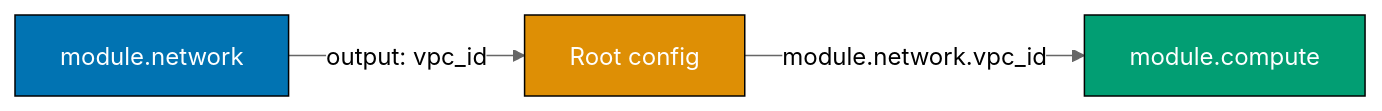
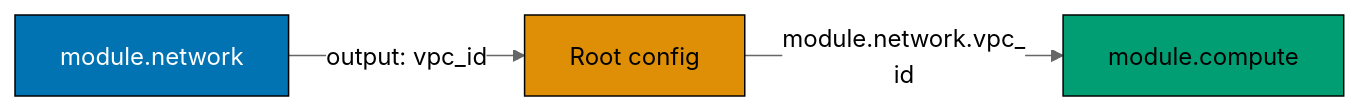
One commit to wahidyankf/ose-public changed the second of 9 diagrams in apps/ayokoding-www/content/en/learn/legacy/software-engineering/infrastructure/infrastructure-as-code/by-example/intermediate.md. Above: the diagram before and after it, drawn with Mermaid (neutral theme). The commit also changed other lines of this file and 131 other files, not shown here.

First line of the commit message:
fix(mermaid): bring the legacy data, infrastructure, and testing diagrams onto the accessible palette

````diff
--- a/apps/ayokoding-www/content/en/learn/legacy/software-engineering/infrastructure/infrastructure-as-code/by-example/intermediate.md
+++ b/apps/ayokoding-www/content/en/learn/legacy/software-engineering/infrastructure/infrastructure-as-code/by-example/intermediate.md
@@ -113,10 +119,16 @@
 ```mermaid
 %% Color Palette: Blue #0173B2, Orange #DE8F05, Teal #029E73, Purple #CC78BC, Brown #CA9161
 graph LR
+  accTitle: Example 30: Module Output Values and Cross-Module Reference
+  accDescr: Graph with 3 nodes and 2 connections. Nodes: module.network, Root config, module.compute. Connections: module.network to Root config (output: vpc_id), Root config to module.compute (module.network.vpc_ id).
   A["module.network"] -->|"output: vpc_id"| B["Root config"]
-  B -->|"module.network.vpc_id"| C["module.compute"]
+  B -->|"module.network.vpc_<br/>id"| C["module.compute"]
 
-  style A fill:#0173B2,stroke:#000,color:#fff
-  style B fill:#DE8F05,stroke:#000,color:#fff
-  style C fill:#029E73,stroke:#000,color:#fff
+  classDef pal-0173B2 fill:#0173B2,stroke:#000000,color:#FFFFFF
+  class A pal-0173B2
+  classDef pal-DE8F05 fill:#DE8F05,stroke:#000000,color:#000000
+  class B pal-DE8F05
+  classDef pal-029E73 fill:#029E73,stroke:#000000,color:#000000
+  class C pal-029E73
+  classDef default fill:#FFFFFF,stroke:#000000,color:#000000
 ```
````
